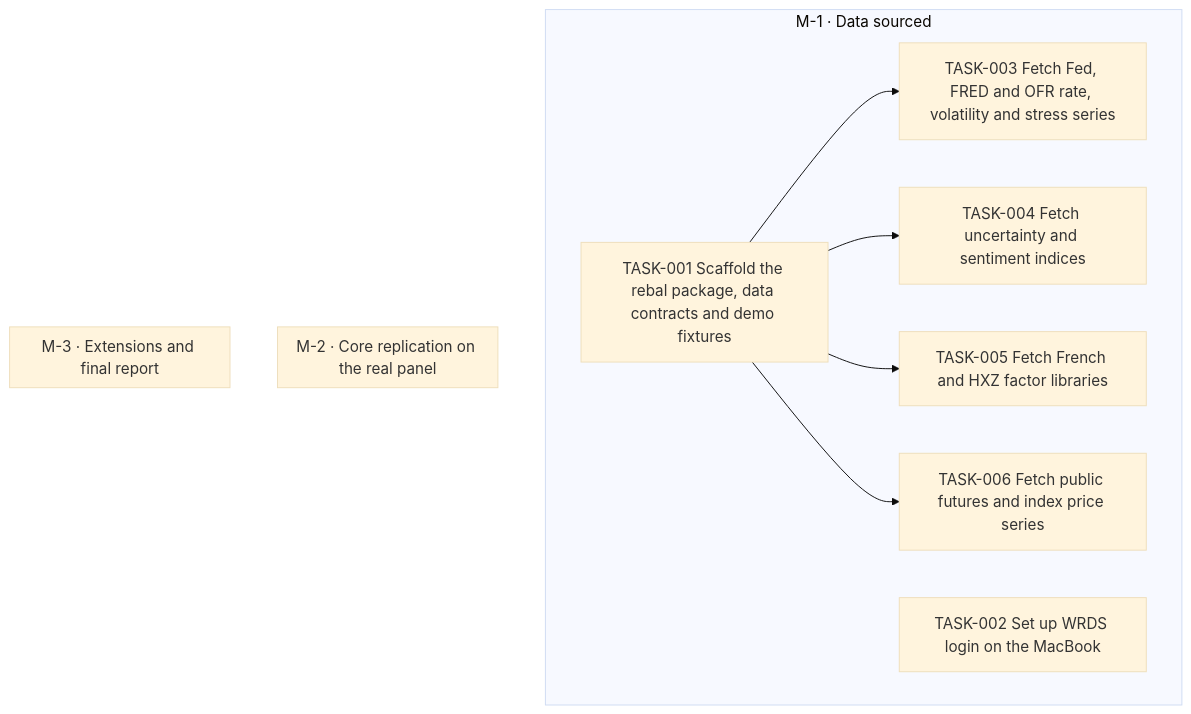
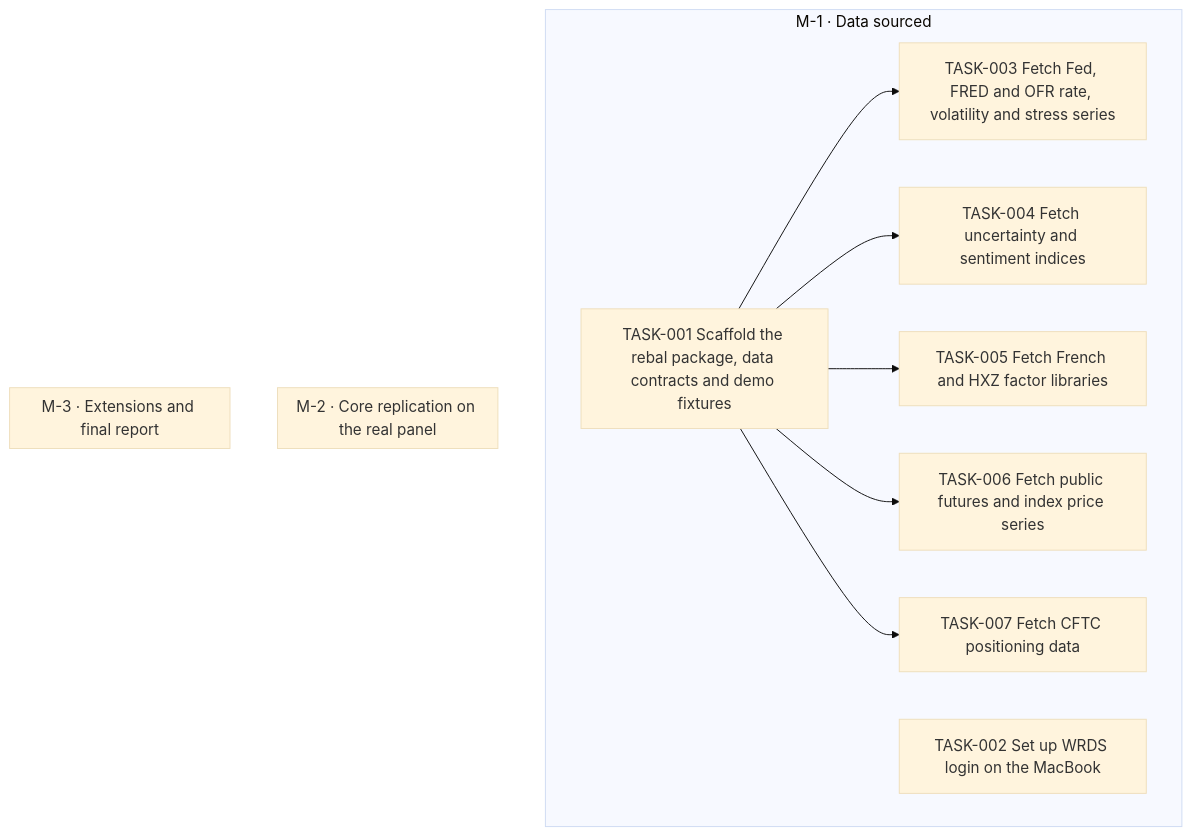
The diagram in goals/hmm-rebalancing/README.md (jesusvillota/replicate), drawn with Mermaid (base theme) before and after one commit. The commit also changed 1 other file, not shown here.

Commit message:
goal(hmm-rebalancing): add TASK-007 Fetch CFTC positioning data

````diff
--- a/goals/hmm-rebalancing/README.md
+++ b/goals/hmm-rebalancing/README.md
@@ -126,22 +126,24 @@
 ```mermaid
 flowchart TD
   subgraph M_1["M-1 · Data sourced"]
     TASK_001["TASK-001 Scaffold the rebal package, data contracts and demo fixtures"]
     TASK_002["TASK-002 Set up WRDS login on the MacBook"]
     TASK_003["TASK-003 Fetch Fed, FRED and OFR rate, volatility and stress series"]
     TASK_004["TASK-004 Fetch uncertainty and sentiment indices"]
     TASK_005["TASK-005 Fetch French and HXZ factor libraries"]
     TASK_006["TASK-006 Fetch public futures and index price series"]
+    TASK_007["TASK-007 Fetch CFTC positioning data"]
   end
   subgraph M_2["M-2 · Core replication on the real panel"]
   end
   subgraph M_3["M-3 · Extensions and final report"]
   end
   TASK_001 --> TASK_003
   TASK_001 --> TASK_004
   TASK_001 --> TASK_005
   TASK_001 --> TASK_006
+  TASK_001 --> TASK_007
   classDef draft stroke-dasharray: 4 3
   classDef cancelled opacity:0.45
   classDef decision fill:#f3e8ff,stroke:#7c3aed
 ```
````
